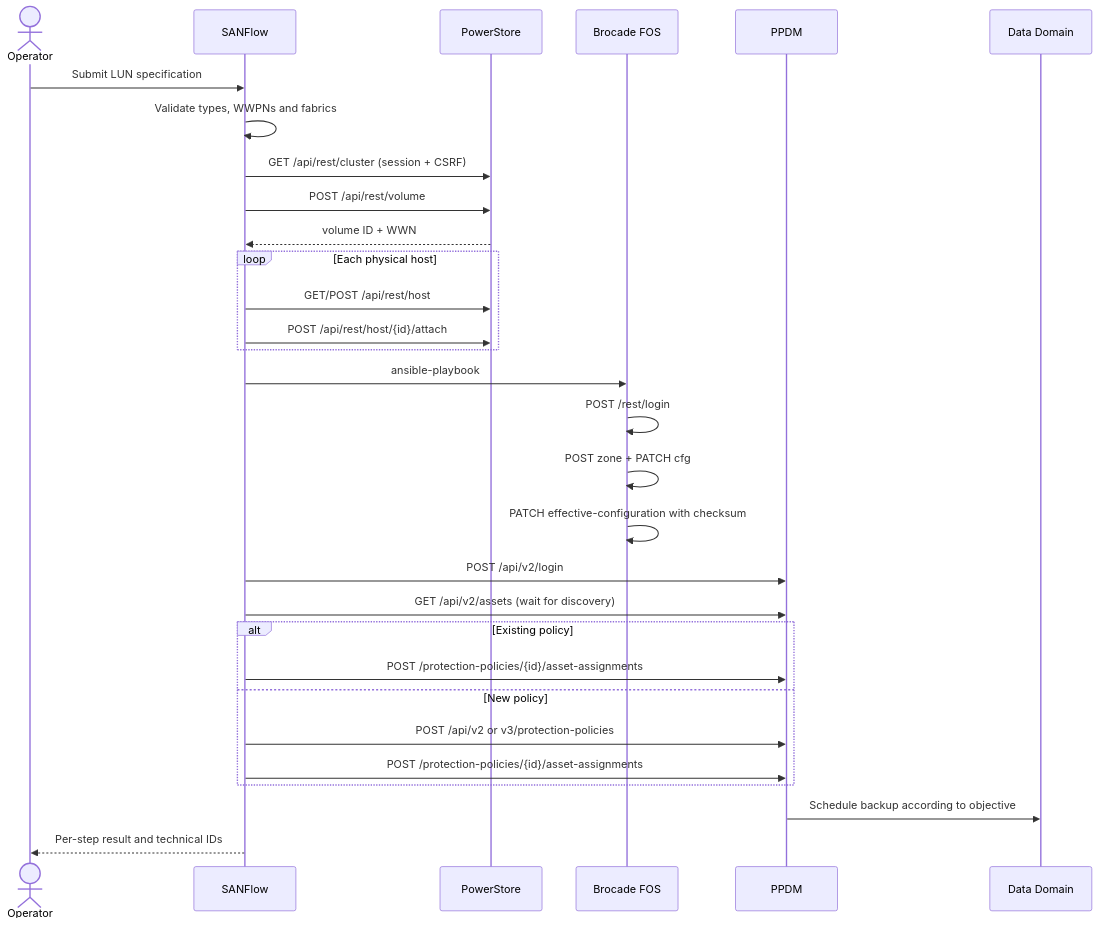
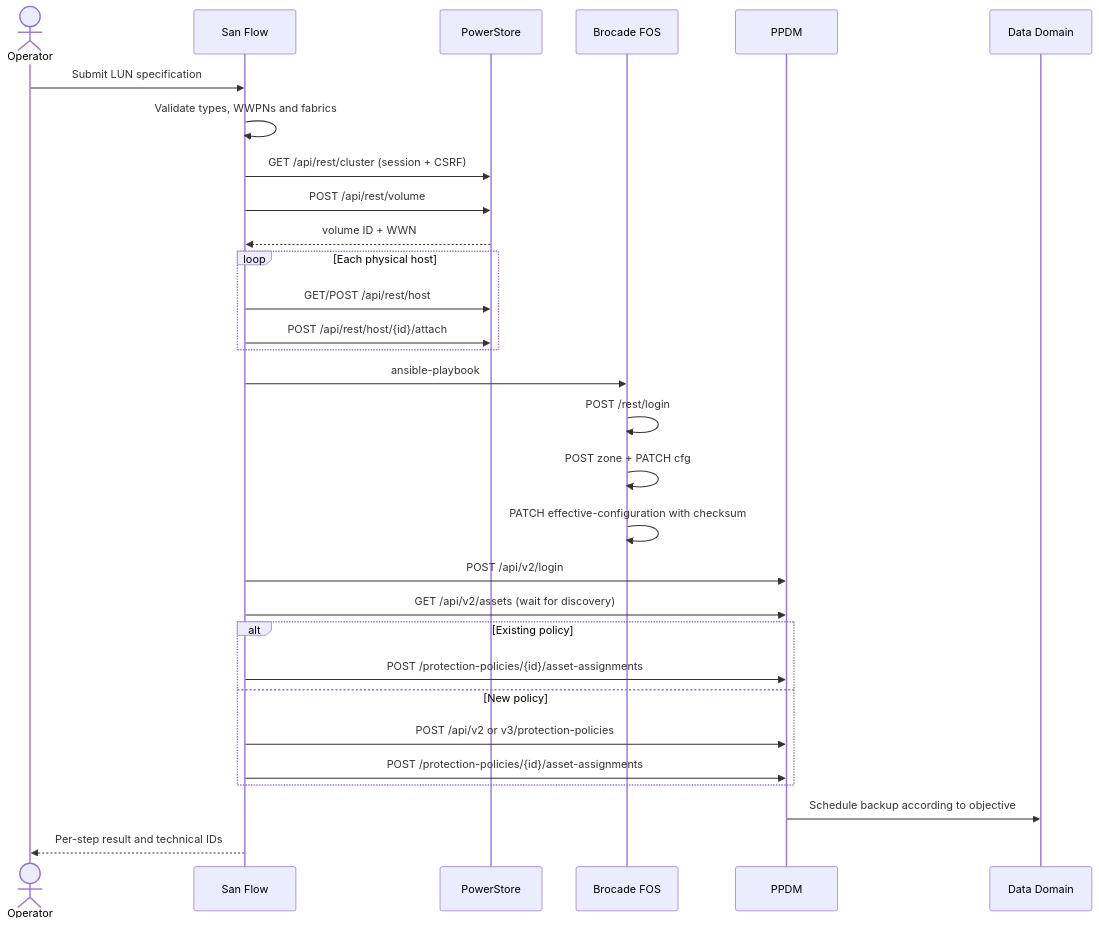
Before and after one commit to AlessandroDaudt/Dell-PPDM-PowerStore: the second of 5 diagrams in README.md, drawn with Mermaid. The commit also changed other lines of this file and 17 other files, not shown here.

Commit message:
feat: rename app to San Flow and translate to English

````diff
--- a/README.md
+++ b/README.md
@@ -25,33 +25,33 @@
 ```mermaid
 sequenceDiagram
     actor O as Operator
-    participant S as SANFlow
+    participant S as San Flow
     participant P as PowerStore
     participant B as Brocade FOS
     participant M as PPDM
     participant D as Data Domain
 
     O->>S: Submit LUN specification
     S->>S: Validate types, WWPNs and fabrics
     S->>P: GET /api/rest/cluster (session + CSRF)
     S->>P: POST /api/rest/volume
     P-->>S: volume ID + WWN
     loop Each physical host
         S->>P: GET/POST /api/rest/host
         S->>P: POST /api/rest/host/{id}/attach
     end
     S->>B: ansible-playbook
     B->>B: POST /rest/login
     B->>B: POST zone + PATCH cfg
     B->>B: PATCH effective-configuration with checksum
     S->>M: POST /api/v2/login
     S->>M: GET /api/v2/assets (wait for discovery)
     alt Existing policy
         S->>M: POST /protection-policies/{id}/asset-assignments
     else New policy
         S->>M: POST /api/v2 or v3/protection-policies
         S->>M: POST /protection-policies/{id}/asset-assignments
     end
     M->>D: Schedule backup according to objective
     S-->>O: Per-step result and technical IDs
 ```
````
